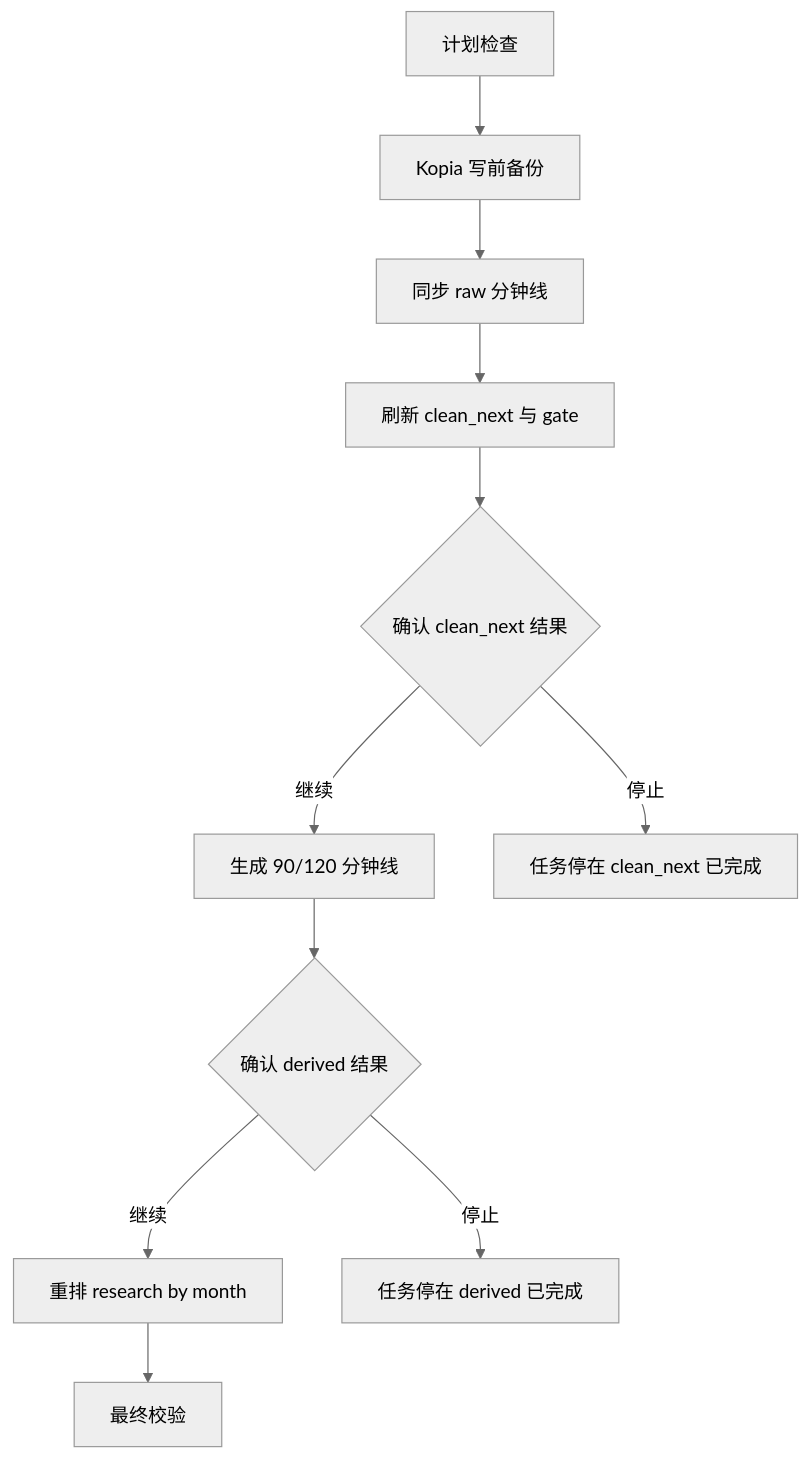
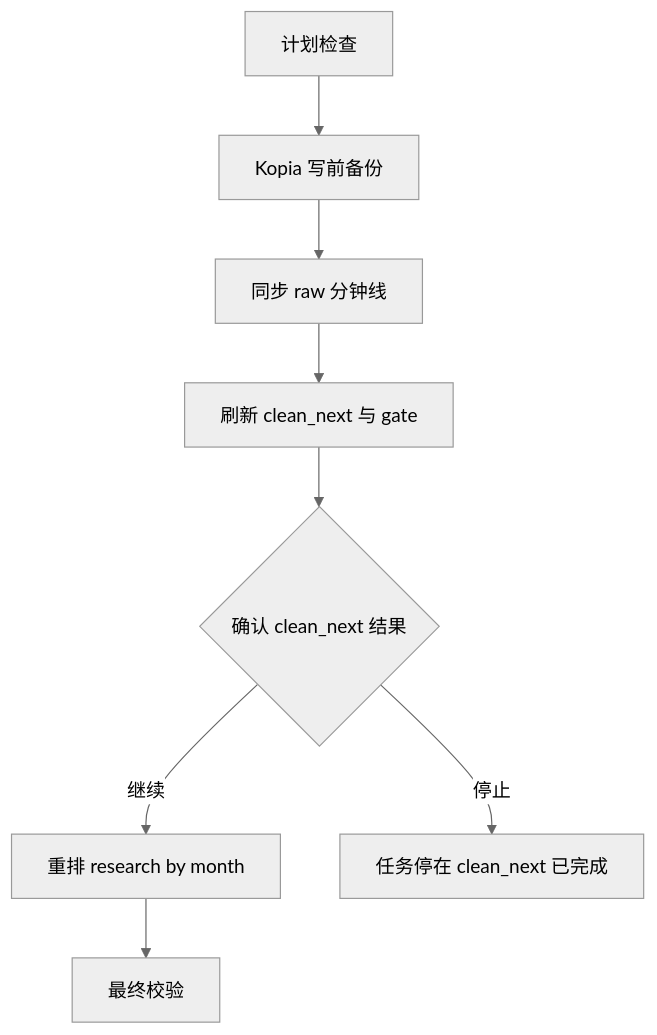
Before and after one commit to chiuser/goldenshare: the second of 2 diagrams in docs/architecture/local-lake-stk-mins-sync-center-pipeline-plan-v1.md, drawn with Mermaid (neutral theme). The commit also changed other lines of this file and 54 other files, not shown here.

````diff
--- a/docs/architecture/local-lake-stk-mins-sync-center-pipeline-plan-v1.md
+++ b/docs/architecture/local-lake-stk-mins-sync-center-pipeline-plan-v1.md
@@ -149,13 +143,10 @@
 ```mermaid
 flowchart TD
   A["计划检查"] --> B["Kopia 写前备份"]
   B --> C["同步 raw 分钟线"]
   C --> D["刷新 clean_next 与 gate"]
   D --> E{"确认 clean_next 结果"}
-  E -->|继续| F["生成 90/120 分钟线"]
+  E -->|继续| F["重排 research by month"]
   E -->|停止| X["任务停在 clean_next 已完成"]
-  F --> G{"确认 derived 结果"}
-  G -->|继续| H["重排 research by month"]
-  G -->|停止| Y["任务停在 derived 已完成"]
-  H --> I["最终校验"]
+  F --> G["最终校验"]
 ```
````
